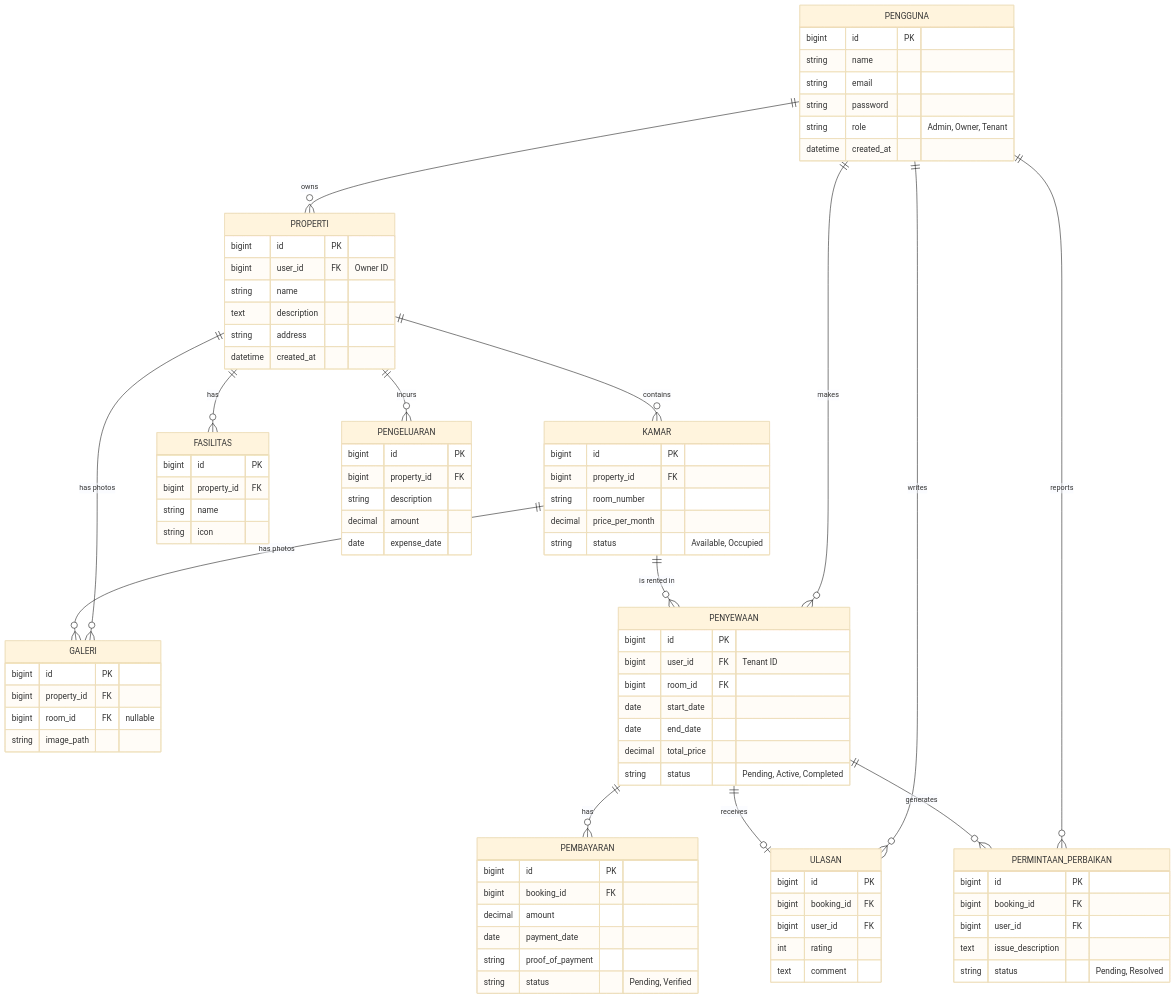
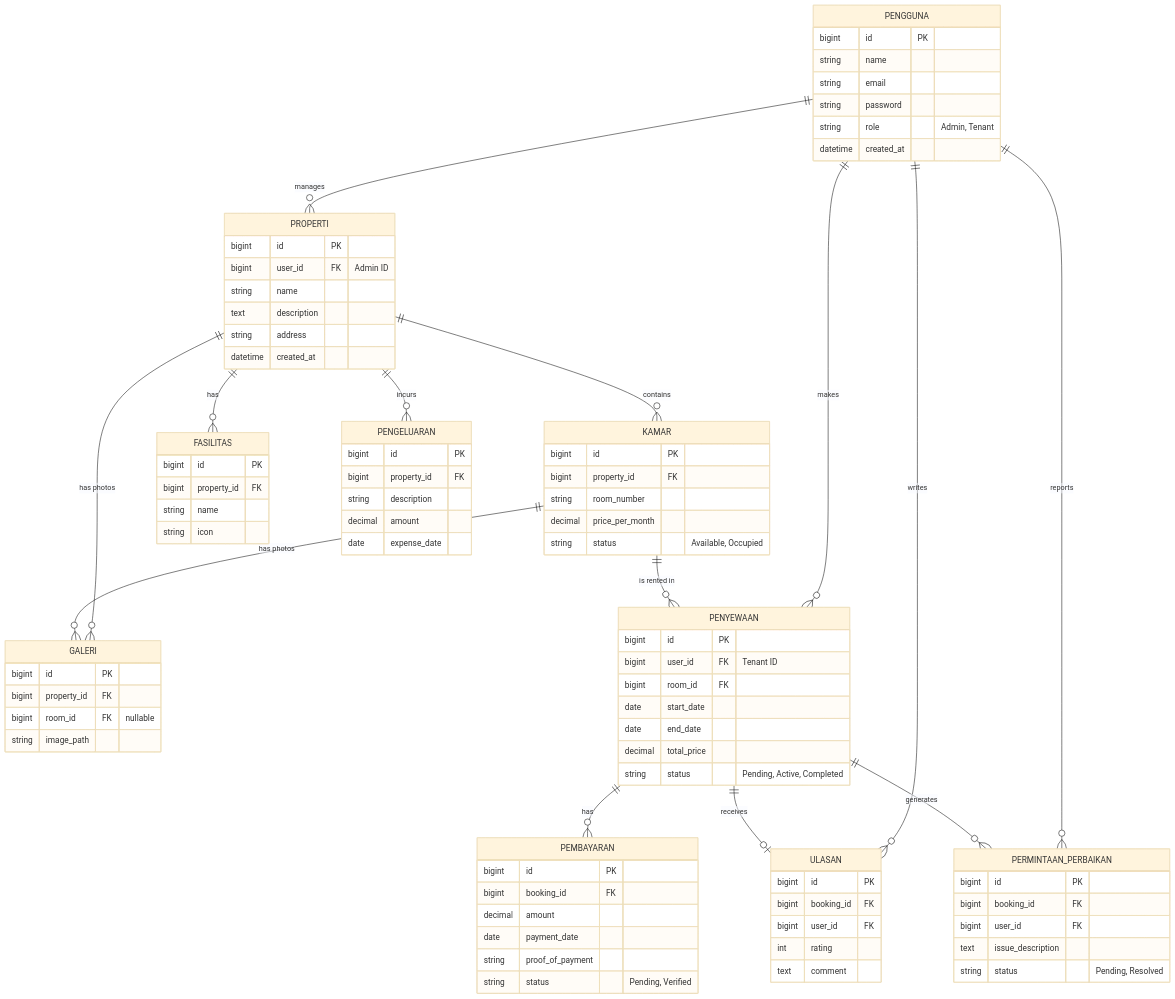
One commit to asdarrosmawati-maker/sistem_sewa_properti-kos-kosan changed the diagram in PRD.md. Above: the diagram before and after it, drawn with Mermaid (base theme). The commit also changed other lines of this file and 4 other files, not shown here.

```diff
--- a/PRD.md
+++ b/PRD.md
@@ -107,13 +105,13 @@
         string name
         string email
         string password
-        string role "Admin, Owner, Tenant"
+        string role "Admin, Tenant"
         datetime created_at
     }
     
     PROPERTI {
         bigint id PK
-        bigint user_id FK "Owner ID"
+        bigint user_id FK "Admin ID"
         string name
         text description
         string address
@@ -186,7 +184,7 @@
     }
 
     %% Relasi (Relationships)
-    PENGGUNA ||--o{ PROPERTI : "owns"
+    PENGGUNA ||--o{ PROPERTI : "manages"
     PENGGUNA ||--o{ PENYEWAAN : "makes"
     PENGGUNA ||--o{ ULASAN : "writes"
     PENGGUNA ||--o{ PERMINTAAN_PERBAIKAN : "reports"
```
